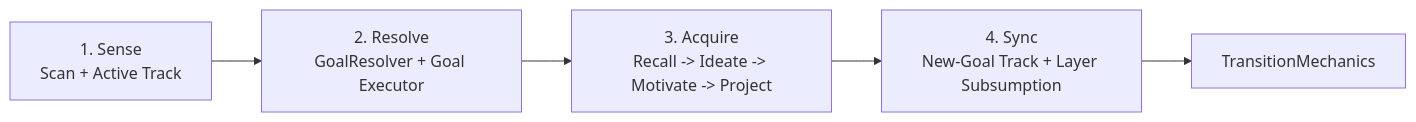
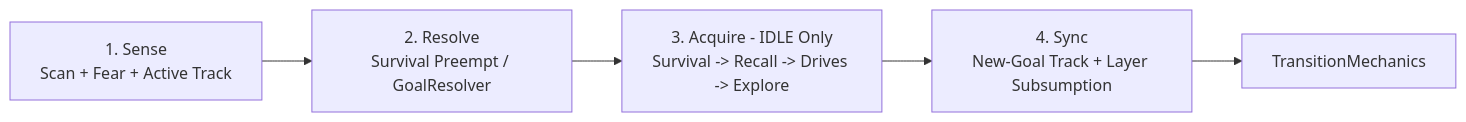
Before and after one commit to chinchalinchin/ontology: the third of 5 diagrams in docs/board/phases/refactor/refactor-06-02.md, drawn with Mermaid. The commit also changed other lines of this file and 39 other files, not shown here.

````diff
--- a/docs/board/phases/refactor/refactor-06-02.md
+++ b/docs/board/phases/refactor/refactor-06-02.md
@@ -58,7 +72,7 @@
 ```mermaid
 flowchart LR
-    S[1. Sense\nScan + Active Track] --> R[2. Resolve\nGoalResolver + Goal Executor]
-    R --> A[3. Acquire\nRecall -> Ideate -> Motivate -> Project]
+    S[1. Sense\nScan + Fear + Active Track] --> R[2. Resolve\nSurvival Preempt / GoalResolver]
+    R --> A[3. Acquire - IDLE Only\nSurvival -> Recall -> Drives -> Explore]
     A --> Y[4. Sync\nNew-Goal Track + Layer Subsumption]
     Y --> T[TransitionMechanics]
 ```
````
